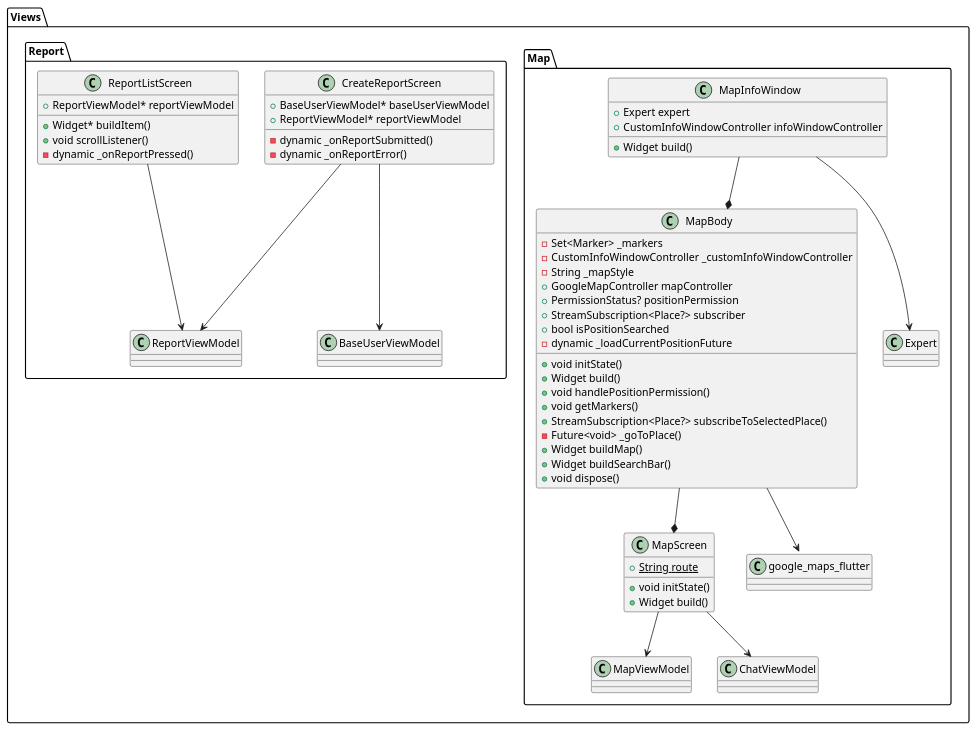
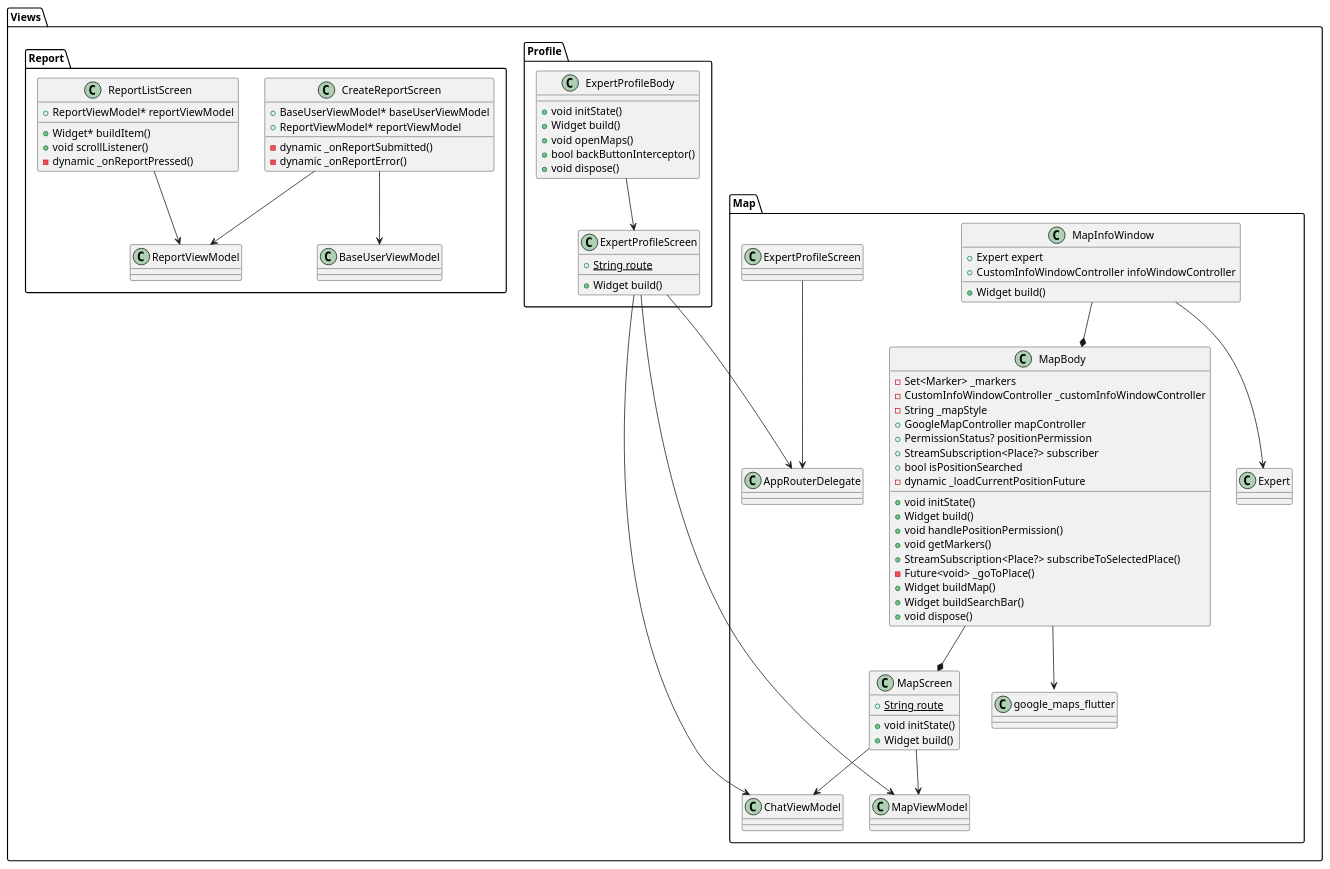
One commit to simoneghiazzi/DIMA changed the diagram in docs/View/uml_views9.puml. Above: the diagram before and after it, drawn with PlantUML. The commit also changed 16 other files, not shown here.

```diff
--- a/docs/View/uml_views9.puml
+++ b/docs/View/uml_views9.puml
@@ -1,62 +1,82 @@
 @startuml ViwesUML
 package Views {
     package Map {
         class "MapScreen" {
             {static} +String route
             +void initState()
             +Widget build()
         }
         "MapScreen" --> "MapViewModel"
         "MapScreen" --> "ChatViewModel"
+        "ExpertProfileScreen" --> "AppRouterDelegate"
 
         class "MapBody" {
             -Set<Marker> _markers
             -CustomInfoWindowController _customInfoWindowController
             -String _mapStyle
             +GoogleMapController mapController
             +PermissionStatus? positionPermission
             +StreamSubscription<Place?> subscriber
             +bool isPositionSearched
             -dynamic _loadCurrentPositionFuture
             +void initState()
             +Widget build()
             +void handlePositionPermission()
             +void getMarkers()
             +StreamSubscription<Place?> subscribeToSelectedPlace()
             -Future<void> _goToPlace()
             +Widget buildMap()
             +Widget buildSearchBar()
             +void dispose()
         }
         "MapBody" --* "MapScreen"
         "MapBody" --> "google_maps_flutter::GoogleMapController"
 
         class "MapInfoWindow" {
             +Expert expert
             +CustomInfoWindowController infoWindowController
             +Widget build()
         }
         "MapInfoWindow" --* "MapBody"
         "MapInfoWindow" --> "Expert"
     }
 
+    package Profile {
+        class "ExpertProfileScreen" {
+            {static} +String route
+            +Widget build()
+        }
+        "ExpertProfileScreen" --> "MapViewModel"
+        "ExpertProfileScreen" --> "ChatViewModel"
+        "ExpertProfileScreen" --> "AppRouterDelegate"
+
+        class "ExpertProfileBody" {
+            +void initState()
+            +Widget build()
+            +void openMaps()
+            +bool backButtonInterceptor()
+            +void dispose()
+        }
+        "ExpertProfileBody" --> "ExpertProfileScreen"
+    }
+
     package Report {
         class "CreateReportScreen" {
             +BaseUserViewModel* baseUserViewModel
             +ReportViewModel* reportViewModel
             -dynamic _onReportSubmitted()
             -dynamic _onReportError()
         }
         "CreateReportScreen" --> "BaseUserViewModel"
         "CreateReportScreen" --> "ReportViewModel"
 
         class "ReportListScreen" {
             +ReportViewModel* reportViewModel
             +Widget* buildItem()
             +void scrollListener()
             -dynamic _onReportPressed()
         }
         "ReportListScreen" --> "ReportViewModel"
     }
 }
 @enduml
```
